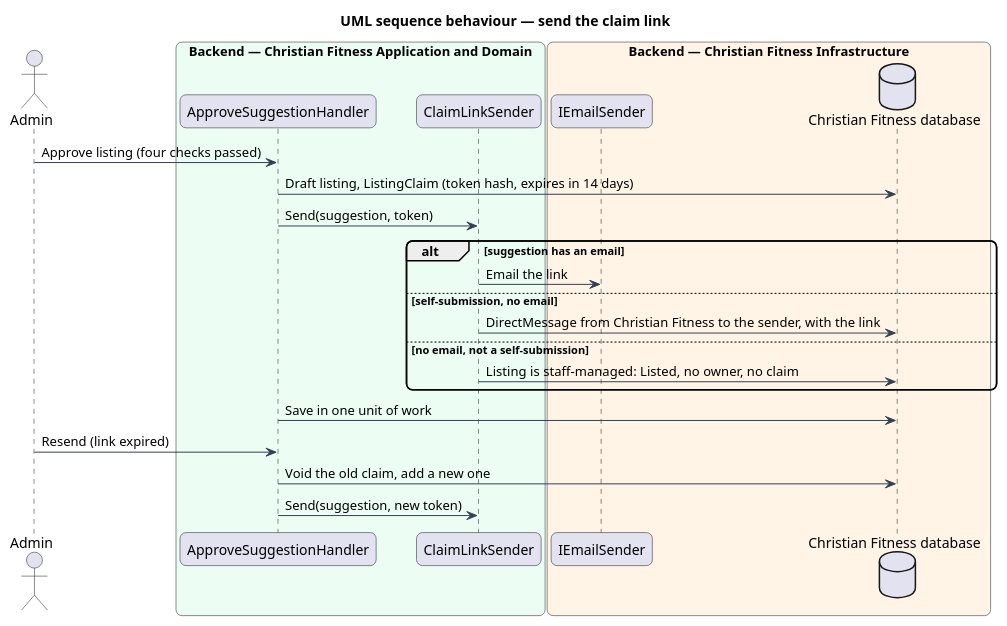
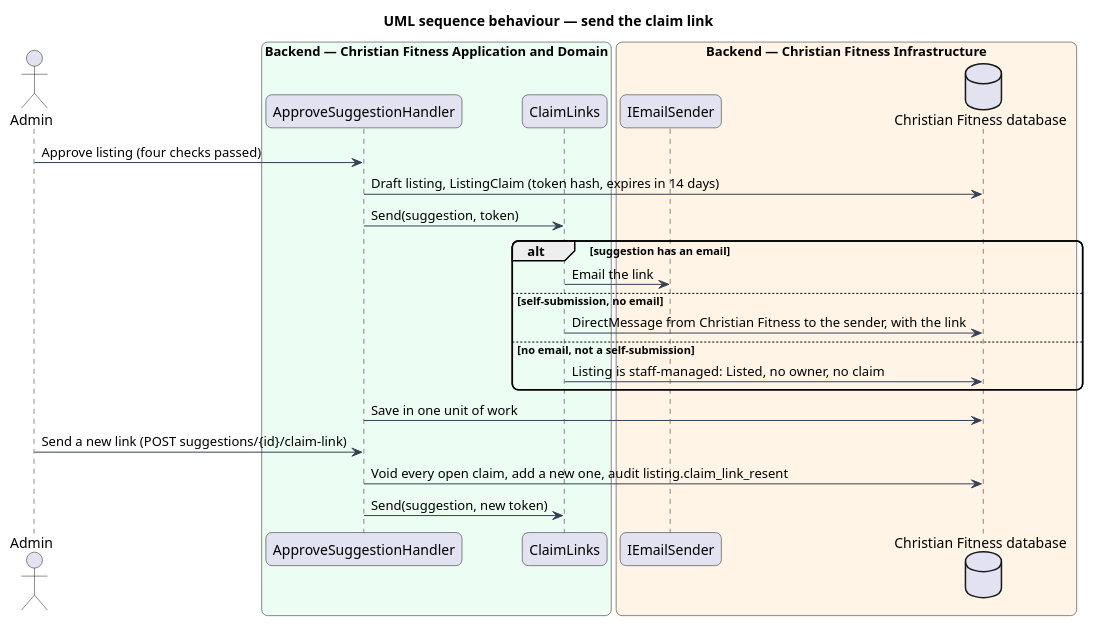
Before and after one commit to QuinntyneBrown/christian-fitness: the diagram in docs/detailed-designs/directory/claim-listing/diagrams/sequence-send-link.puml, drawn with PlantUML. The commit also changed 41 other files, not shown here.

Commit message:
Journey 19: ADR 0091, claim mocks and design for claiming a listing

```diff
--- a/docs/detailed-designs/directory/claim-listing/diagrams/sequence-send-link.puml
+++ b/docs/detailed-designs/directory/claim-listing/diagrams/sequence-send-link.puml
@@ -1,31 +1,31 @@
 @startuml
 title UML sequence behaviour — send the claim link
 skinparam backgroundColor #FFFFFF
 skinparam shadowing false
 skinparam roundcorner 12
 skinparam defaultFontName Arial
 skinparam ArrowColor #344054
 actor "Admin" as staff
 box "Backend — Christian Fitness Application and Domain" #ECFDF3
   participant "ApproveSuggestionHandler" as h
-  participant "ClaimLinkSender" as send
+  participant "ClaimLinks" as send
 end box
 box "Backend — Christian Fitness Infrastructure" #FFF4E5
   participant "IEmailSender" as mail
   database "Christian Fitness database" as db
 end box
 staff -> h : Approve listing (four checks passed)
 h -> db : Draft listing, ListingClaim (token hash, expires in 14 days)
 h -> send : Send(suggestion, token)
 alt suggestion has an email
   send -> mail : Email the link
 else self-submission, no email
   send -> db : DirectMessage from Christian Fitness to the sender, with the link
 else no email, not a self-submission
   send -> db : Listing is staff-managed: Listed, no owner, no claim
 end
 h -> db : Save in one unit of work
-staff -> h : Resend (link expired)
-h -> db : Void the old claim, add a new one
+staff -> h : Send a new link (POST suggestions/{id}/claim-link)
+h -> db : Void every open claim, add a new one, audit listing.claim_link_resent
 h -> send : Send(suggestion, new token)
 @enduml
```
